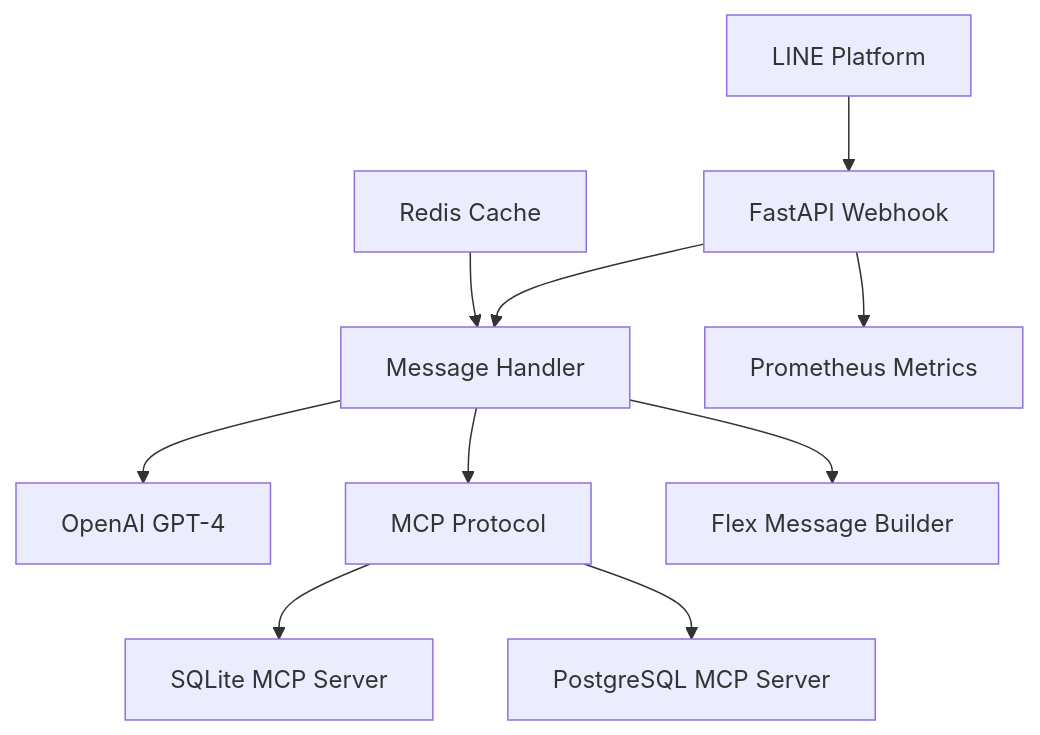
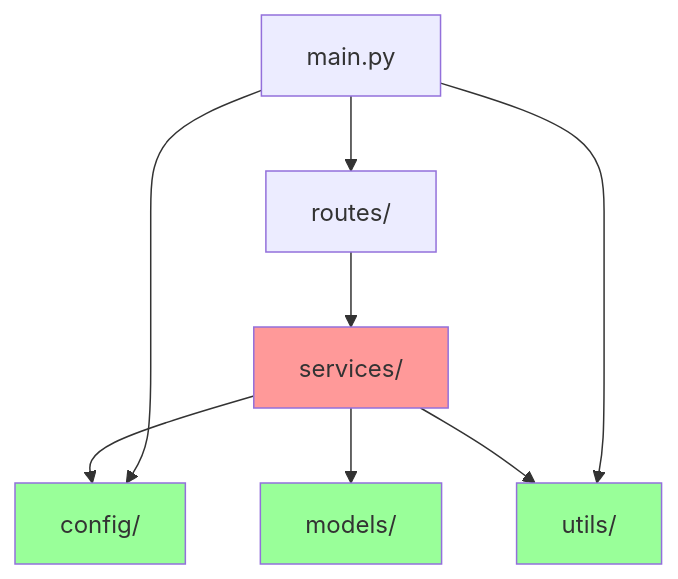
The diagram in README.md (p8552015/lineMCP), drawn with Mermaid before and after one commit. The commit also changed other lines of this file and 151 other files, not shown here.

````diff
--- a/README.md
+++ b/README.md
@@ -24,12 +122,15 @@
 ```mermaid
-graph TB
-    A[LINE Platform] --> B[FastAPI Webhook]
-    B --> C[Message Handler]
-    C --> D[OpenAI GPT-4]
-    C --> E[MCP Protocol]
-    E --> F[SQLite MCP Server]
-    E --> G[PostgreSQL MCP Server]
-    C --> H[Flex Message Builder]
-    B --> I[Prometheus Metrics]
-    J[Redis Cache] --> C
+graph TD
+    A[routes/] --> B[services/]
+    B --> C[config/]
+    B --> D[models/]
+    B --> E[utils/]
+    F[main.py] --> A
+    F --> C
+    F --> E
+    
+    style B fill:#ff9999
+    style C fill:#99ff99
+    style D fill:#99ff99
+    style E fill:#99ff99
 ```
````
